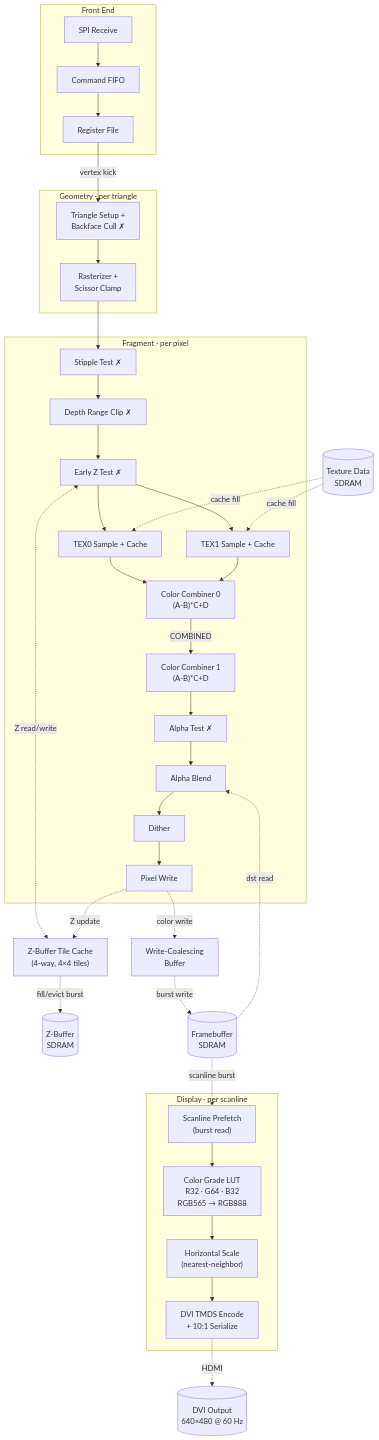
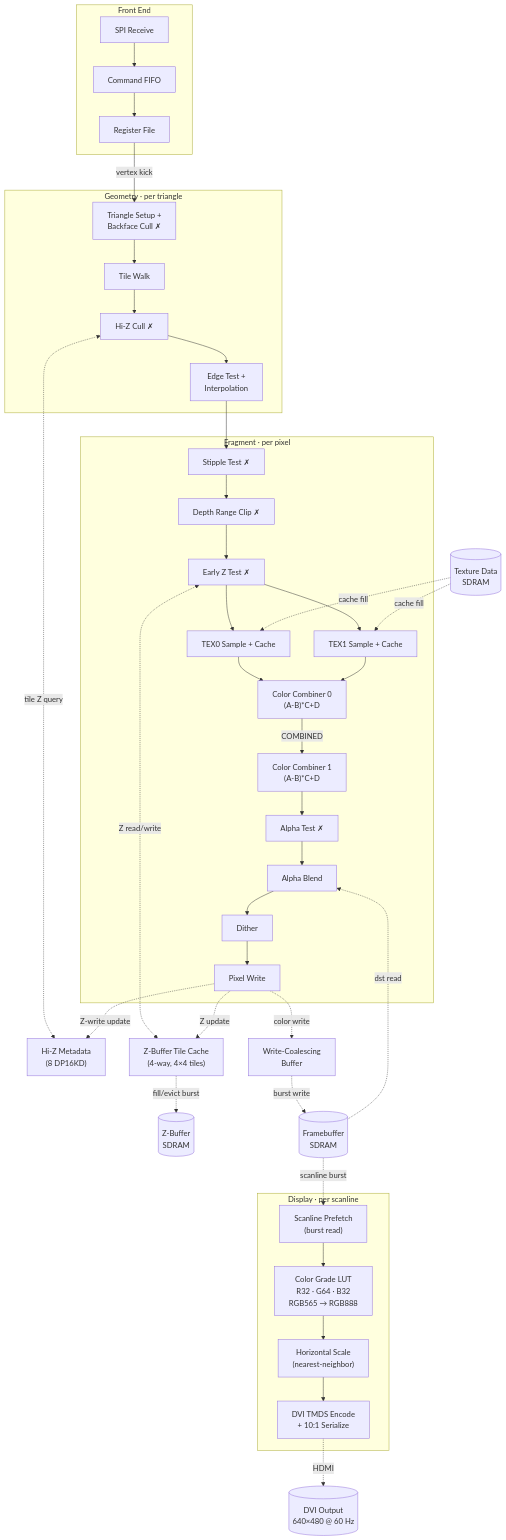
The first of 2 diagrams in ARCHITECTURE.md (londey/pico-gs), drawn with Mermaid before and after one commit. The commit also changed other lines of this file and 38 other files, not shown here.

````diff
--- a/ARCHITECTURE.md
+++ b/ARCHITECTURE.md
@@ -84,56 +84,59 @@
 ```mermaid
 flowchart TD
     subgraph front["Front End"]
         SPI["SPI Receive"] --> FIFO["Command FIFO"] --> REG["Register File"]
     end
 
     subgraph geom["Geometry · per triangle"]
-        SETUP["Triangle Setup +<br/>Backface Cull ✗"] --> RAST["Rasterizer +<br/>Scissor Clamp"]
+        SETUP["Triangle Setup +<br/>Backface Cull ✗"] --> TILE["Tile Walk"] --> HIZ_CULL["Hi-Z Cull ✗"] --> EDGE["Edge Test +<br/>Interpolation"]
     end
 
     subgraph frag["Fragment · per pixel"]
         STIP["Stipple Test ✗"]
         ZRC["Depth Range Clip ✗"]
         EZ["Early Z Test ✗"]
         TEX0["TEX0 Sample + Cache"]
         TEX1["TEX1 Sample + Cache"]
         CC0["Color Combiner 0<br/>(A-B)*C+D"]
         CC1["Color Combiner 1<br/>(A-B)*C+D"]
         AT["Alpha Test ✗"]
         AB["Alpha Blend"]
         DITH["Dither"]
         PW["Pixel Write"]
         STIP --> ZRC --> EZ --> TEX0 --> CC0
         EZ --> TEX1 --> CC0
         CC0 -- "COMBINED" --> CC1 --> AT --> AB --> DITH --> PW
     end
 
     REG -- "vertex kick" --> SETUP
-    RAST --> STIP
+    EDGE --> STIP
 
+    HIZ_META["Hi-Z Metadata<br/>(8 DP16KD)"]
     ZCACHE["Z-Buffer Tile Cache<br/>(4-way, 4×4 tiles)"]
     WBUF["Write-Coalescing<br/>Buffer"]
     ZBUF[("Z-Buffer<br/>SDRAM")]
     TEXMEM[("Texture Data<br/>SDRAM")]
     FB[("Framebuffer<br/>SDRAM")]
 
+    HIZ_CULL <-. "tile Z query" .-> HIZ_META
+    PW -. "Z-write update" .-> HIZ_META
     EZ <-. "Z read/write" .-> ZCACHE
     PW -. "Z update" .-> ZCACHE
     ZCACHE -. "fill/evict burst" .-> ZBUF
     TEXMEM -. "cache fill" .-> TEX0
     TEXMEM -. "cache fill" .-> TEX1
     FB -. "dst read" .-> AB
     PW -. "color write" .-> WBUF
     WBUF -. "burst write" .-> FB
 
     subgraph display["Display · per scanline"]
         SCAN["Scanline Prefetch<br/>(burst read)"]
         CLUT["Color Grade LUT<br/>R32 · G64 · B32<br/>RGB565 → RGB888"]
         HSCALE["Horizontal Scale<br/>(nearest-neighbor)"]
         TMDS["DVI TMDS Encode<br/>+ 10:1 Serialize"]
         SCAN --> CLUT --> HSCALE --> TMDS
     end
 
     FB -. "scanline burst" .-> SCAN
     TMDS -. "HDMI" .-> HDMI[("DVI Output<br/>640×480 @ 60 Hz")]
 ```
````
